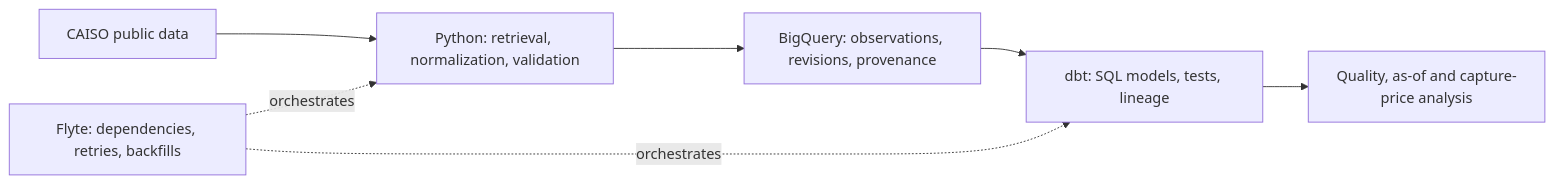
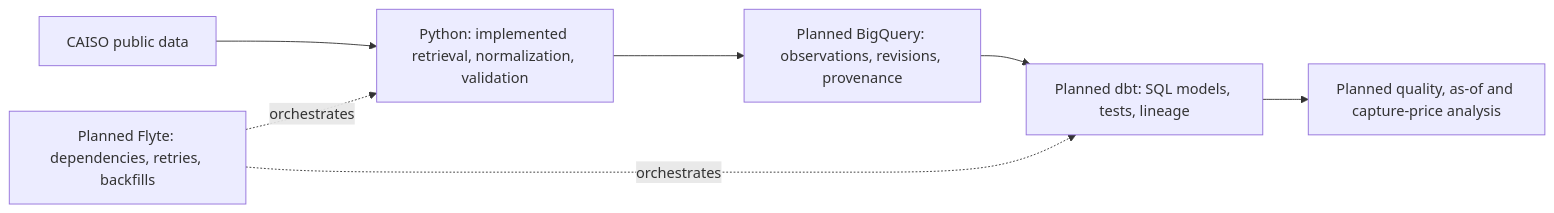
One commit to AdvaitBP/power-market-data-platform changed the diagram in README.md. Above: the diagram before and after it, drawn with Mermaid. The commit also changed other lines of this file and 21 other files, not shown here.

Commit message:
Add normalized CAISO market data ingestion

````diff
--- a/README.md
+++ b/README.md
@@ -27,9 +34,9 @@
 ```mermaid
 flowchart LR
-    C["CAISO public data"] --> P["Python: retrieval, normalization, validation"]
-    P --> B["BigQuery: observations, revisions, provenance"]
-    B --> D["dbt: SQL models, tests, lineage"]
-    D --> A["Quality, as-of and capture-price analysis"]
-    F["Flyte: dependencies, retries, backfills"] -. orchestrates .-> P
+    C["CAISO public data"] --> P["Python: implemented retrieval, normalization, validation"]
+    P --> B["Planned BigQuery: observations, revisions, provenance"]
+    B --> D["Planned dbt: SQL models, tests, lineage"]
+    D --> A["Planned quality, as-of and capture-price analysis"]
+    F["Planned Flyte: dependencies, retries, backfills"] -. orchestrates .-> P
     F -. orchestrates .-> D
 ```
````
